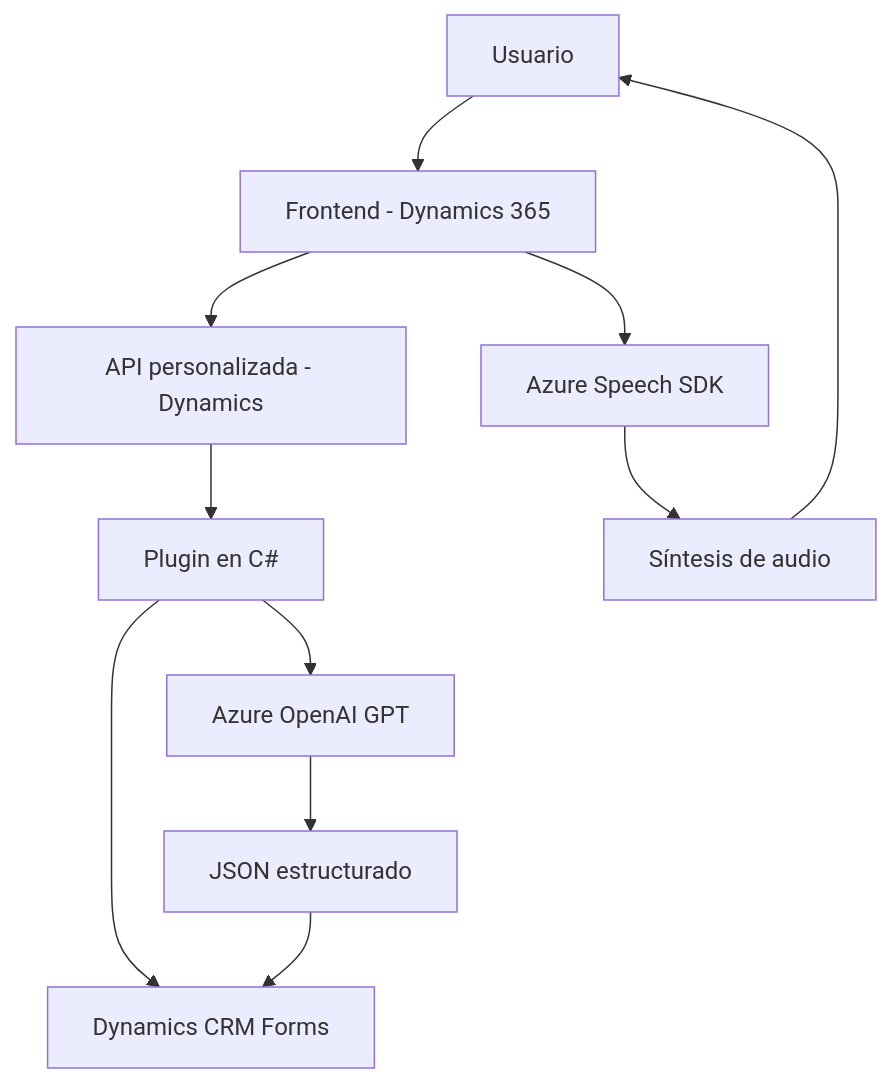
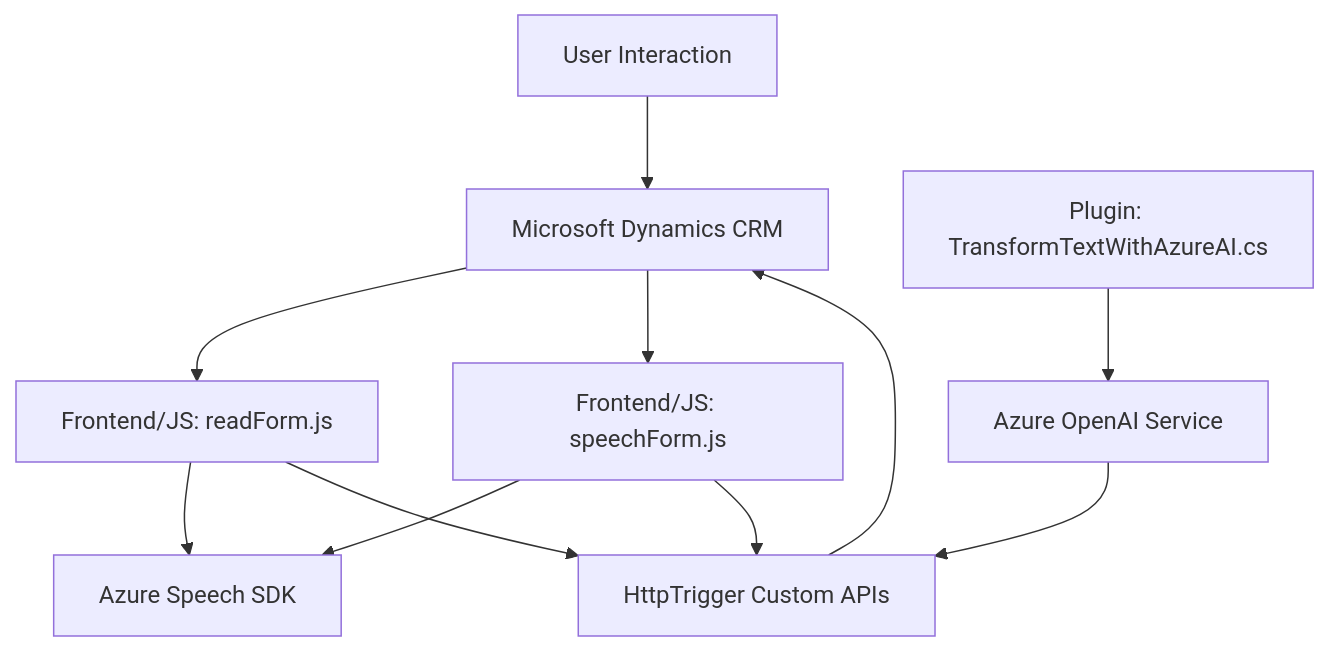
One commit to blopezdm/NETCORE_BILBAO2025 changed the diagram in README.md. Above: the diagram before and after it, drawn with Mermaid. The commit also changed other lines of this file, not shown here.

````diff
--- a/README.md
+++ b/README.md
@@ -43,13 +45,22 @@
 ```mermaid
 graph TD
-    User["Usuario"] --> Frontend["Frontend - Dynamics 365"]
-    Frontend --> SpeechSDK["Azure Speech SDK"]
-    Frontend --> CustomAPI["API personalizada - Dynamics"]
-    CustomAPI --> Plugin["Plugin en C#"]
-    Plugin --> OpenAI["Azure OpenAI GPT"]
-    Plugin --> DynamicsCRM["Dynamics CRM Forms"]
-    SpeechSDK --> Audio["Síntesis de audio"]
-    OpenAI --> JSON["JSON estructurado"]
-    JSON --> DynamicsCRM
-    Audio --> User
+    A["Microsoft Dynamics CRM"]
+    B["Frontend/JS: readForm.js"]
+    C["Frontend/JS: speechForm.js"]
+    D["Plugin: TransformTextWithAzureAI.cs"]
+    E["Azure Speech SDK"]
+    F["Azure OpenAI Service"]
+    G["User Interaction"]
+    H["HttpTrigger Custom APIs"]
+
+    G --> A
+    A --> B
+    A --> C
+    B --> E
+    C --> E
+    B --> H
+    C --> H
+    D --> F
+    F --> H
+    H --> A
 ```
````
